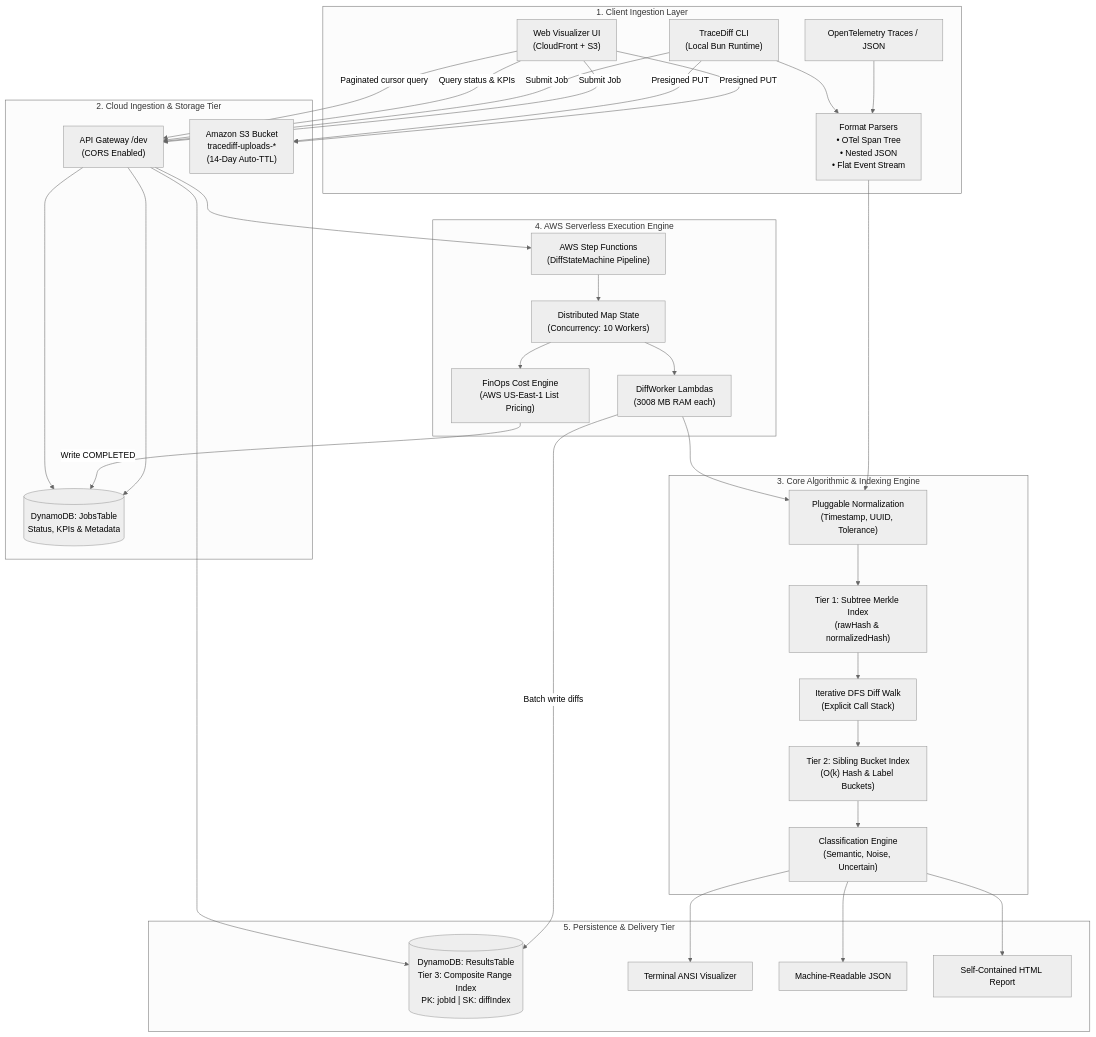
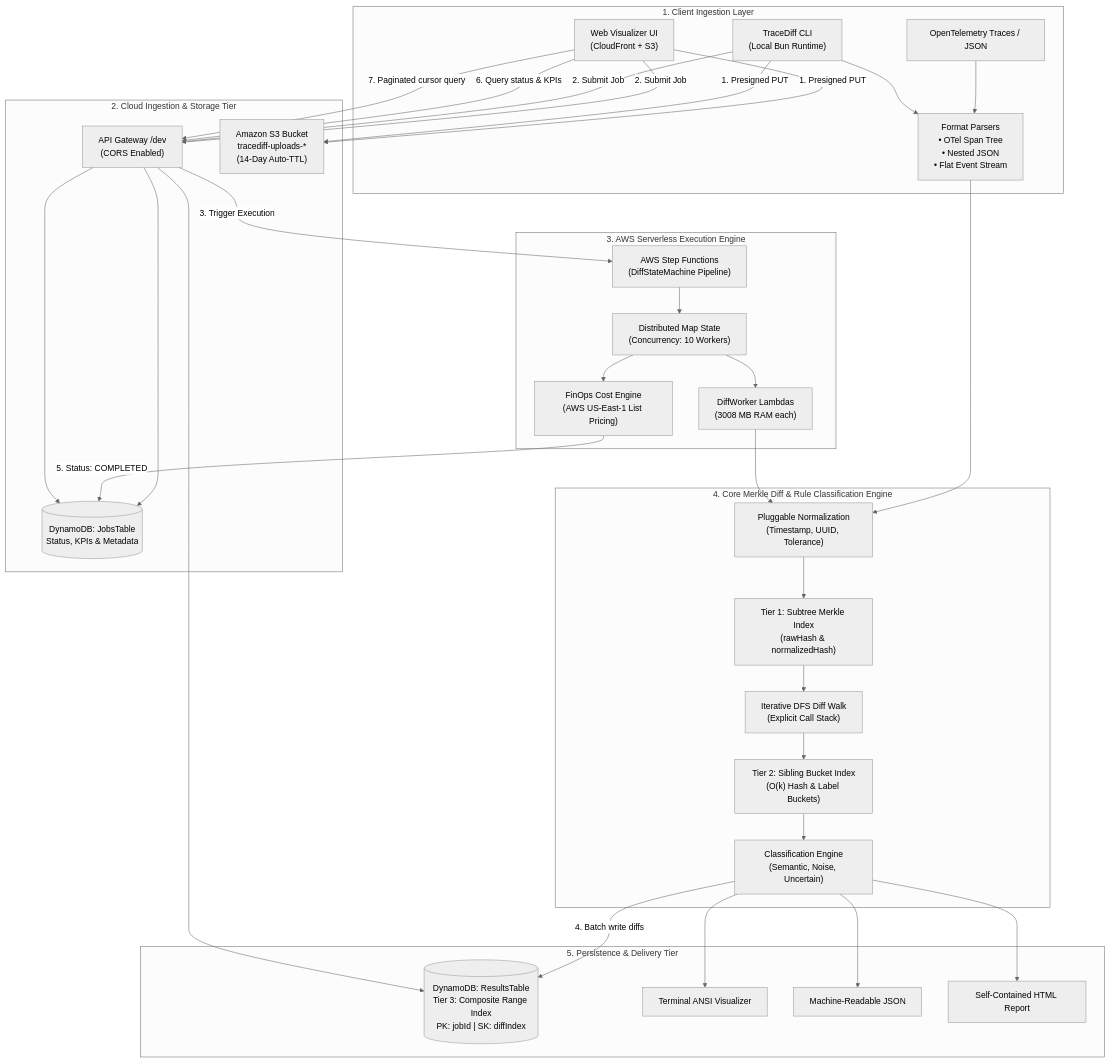
The diagram in README.md (marsyg/TraceDiff), drawn with Mermaid (neutral theme) before and after one commit. The commit also changed other lines of this file, not shown here.

Commit message:
docs: align README architecture flow with AWS pitch script and Section 12

````diff
--- a/README.md
+++ b/README.md
@@ -345,48 +345,48 @@
 ```mermaid
 flowchart TD
   subgraph ClientTier["1. Client Ingestion Layer"]
     OTEL["OpenTelemetry Traces / JSON"] --> PARSERS["Format Parsers<br/>• OTel Span Tree<br/>• Nested JSON<br/>• Flat Event Stream"]
     UI["Web Visualizer UI<br/>(CloudFront + S3)"]
     CLI["TraceDiff CLI<br/>(Local Bun Runtime)"]
   end
 
   subgraph CloudGateway["2. Cloud Ingestion & Storage Tier"]
     APIGW["API Gateway /dev<br/>(CORS Enabled)"]
     S3["Amazon S3 Bucket<br/>tracediff-uploads-*<br/>(14-Day Auto-TTL)"]
     T_JOBS[("DynamoDB: JobsTable<br/>Status, KPIs & Metadata")]
   end
 
-  subgraph Engine["3. Core Algorithmic & Indexing Engine"]
+  subgraph DistributedCloud["3. AWS Serverless Execution Engine"]
+    SFN["AWS Step Functions<br/>(DiffStateMachine Pipeline)"]
+    MAP_DIFF["Distributed Map State<br/>(Concurrency: 10 Workers)"]
+    WORKER["DiffWorker Lambdas<br/>(3008 MB RAM each)"]
+    FINOPS["FinOps Cost Engine<br/>(AWS US-East-1 List Pricing)"]
+  end
+
+  subgraph Engine["4. Core Merkle Diff & Rule Classification Engine"]
     RULES["Pluggable Normalization<br/>(Timestamp, UUID, Tolerance)"]
     T1_MERKLE["Tier 1: Subtree Merkle Index<br/>(rawHash & normalizedHash)"]
     DIFF_WALK["Iterative DFS Diff Walk<br/>(Explicit Call Stack)"]
     T2_SIBLING["Tier 2: Sibling Bucket Index<br/>(O(k) Hash & Label Buckets)"]
     CLASSIFY["Classification Engine<br/>(Semantic, Noise, Uncertain)"]
-  end
-
-  subgraph DistributedCloud["4. AWS Serverless Execution Engine"]
-    SFN["AWS Step Functions<br/>(DiffStateMachine Pipeline)"]
-    MAP_DIFF["Distributed Map State<br/>(Concurrency: 10 Workers)"]
-    WORKER["DiffWorker Lambdas<br/>(3008 MB RAM each)"]
-    FINOPS["FinOps Cost Engine<br/>(AWS US-East-1 List Pricing)"]
   end
 
   subgraph PersistenceDelivery["5. Persistence & Delivery Tier"]
     T_RES[("DynamoDB: ResultsTable<br/>Tier 3: Composite Range Index<br/>PK: jobId | SK: diffIndex")]
     OUT_TERM["Terminal ANSI Visualizer"]
     OUT_JSON["Machine-Readable JSON"]
     OUT_HTML["Self-Contained HTML Report"]
   end
 
   CLI --> PARSERS --> RULES --> T1_MERKLE --> DIFF_WALK --> T2_SIBLING --> CLASSIFY
   CLASSIFY --> OUT_TERM & OUT_JSON & OUT_HTML
 
-  UI & CLI -->|"Presigned PUT"| S3
-  UI & CLI -->|"Submit Job"| APIGW --> T_JOBS
-  APIGW --> SFN --> MAP_DIFF --> WORKER
+  UI & CLI -->|"1. Presigned PUT"| S3
+  UI & CLI -->|"2. Submit Job"| APIGW --> T_JOBS
+  APIGW -->|"3. Trigger Execution"| SFN --> MAP_DIFF --> WORKER
   WORKER --> RULES
-  WORKER -->|"Batch write diffs"| T_RES
-  MAP_DIFF --> FINOPS -->|"Write COMPLETED"| T_JOBS
-  UI -->|"Query status & KPIs"| APIGW --> T_JOBS
-  UI -->|"Paginated cursor query"| APIGW --> T_RES
+  CLASSIFY -->|"4. Batch write diffs"| T_RES
+  MAP_DIFF --> FINOPS -->|"5. Status: COMPLETED"| T_JOBS
+  UI -->|"6. Query status & KPIs"| APIGW --> T_JOBS
+  UI -->|"7. Paginated cursor query"| APIGW --> T_RES
 ```
````
